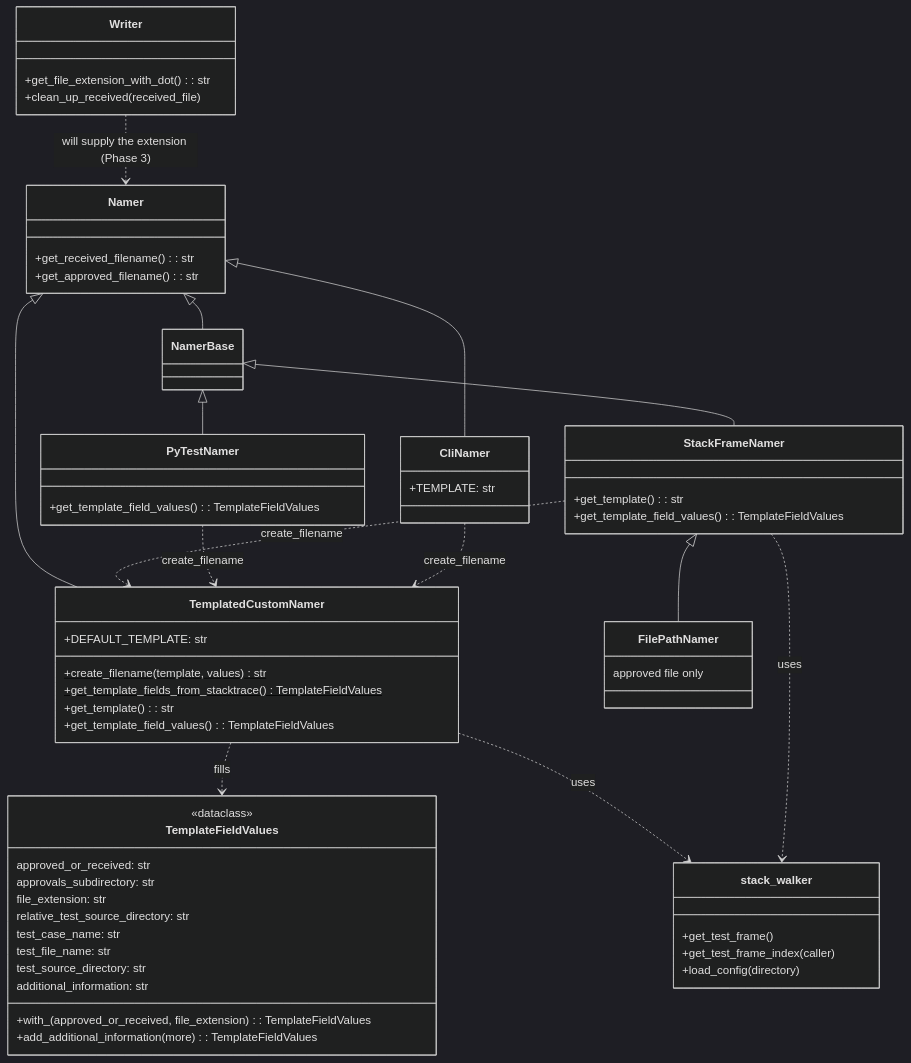
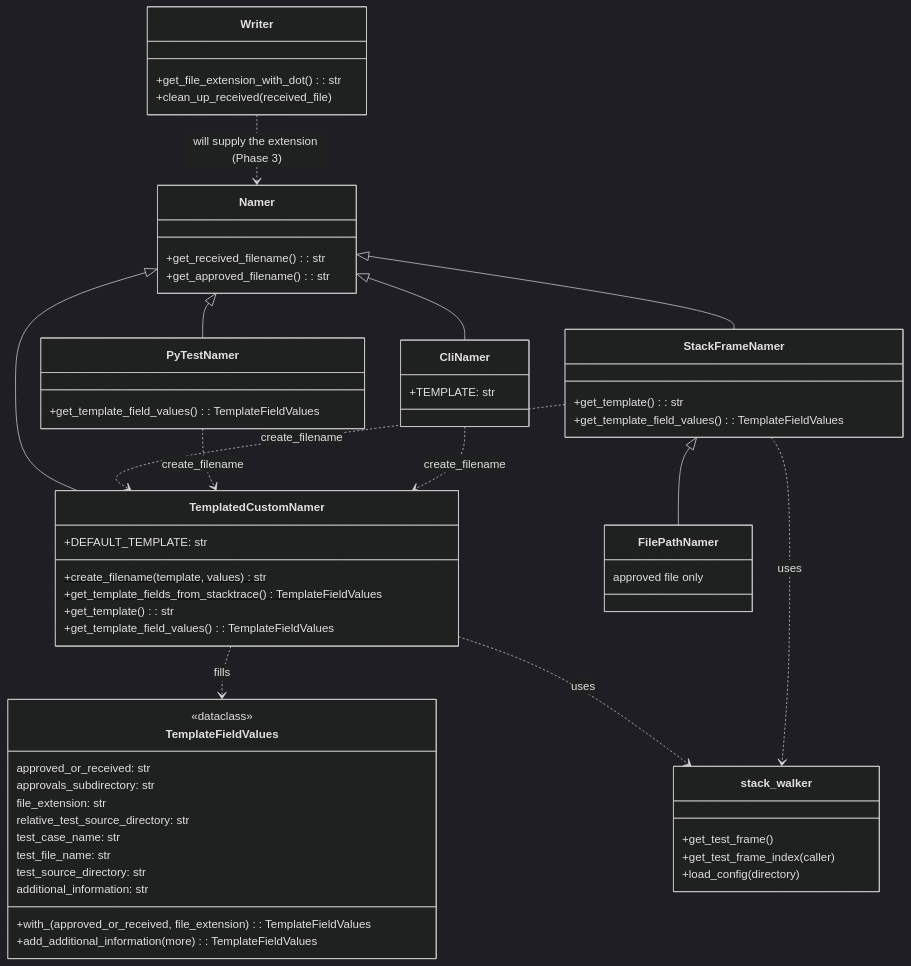
Before and after one commit to approvals/ApprovalTests.Python: the diagram in docs/explanation/namer_architecture.md, drawn with Mermaid (dark theme). The commit also changed 5 other files, not shown here.

Commit message:
- r Remove NamerBase; StackFrameNamer and PyTestNamer inherit Namer directly

````diff
--- a/docs/explanation/namer_architecture.md
+++ b/docs/explanation/namer_architecture.md
@@ -11,72 +11,69 @@
 ```mermaid
 classDiagram
     class Namer {
         +get_received_filename(): str
         +get_approved_filename(): str
     }
 
     class TemplateFieldValues {
         <<dataclass>>
         approved_or_received: str
         approvals_subdirectory: str
         file_extension: str
         relative_test_source_directory: str
         test_case_name: str
         test_file_name: str
         test_source_directory: str
         additional_information: str
         +with_(approved_or_received, file_extension): TemplateFieldValues
         +add_additional_information(more): TemplateFieldValues
     }
 
     class TemplatedCustomNamer {
         +DEFAULT_TEMPLATE: str
         +create_filename(template, values)$ str
         +get_template_fields_from_stacktrace()$ TemplateFieldValues
         +get_template(): str
         +get_template_field_values(): TemplateFieldValues
     }
     Namer <|-- TemplatedCustomNamer
     TemplatedCustomNamer ..> TemplateFieldValues : fills
 
-    class NamerBase
-    Namer <|-- NamerBase
-
     class StackFrameNamer {
         +get_template(): str
         +get_template_field_values(): TemplateFieldValues
     }
-    NamerBase <|-- StackFrameNamer
+    Namer <|-- StackFrameNamer
     class FilePathNamer {
         approved file only
     }
     StackFrameNamer <|-- FilePathNamer
 
     class PyTestNamer {
         +get_template_field_values(): TemplateFieldValues
     }
-    NamerBase <|-- PyTestNamer
+    Namer <|-- PyTestNamer
 
     class CliNamer {
         +TEMPLATE: str
     }
     Namer <|-- CliNamer
 
     class stack_walker {
         +get_test_frame()
         +get_test_frame_index(caller)
         +load_config(directory)
     }
 
     class Writer {
         +get_file_extension_with_dot(): str
         +clean_up_received(received_file)
     }
 
     StackFrameNamer ..> TemplatedCustomNamer : create_filename
     PyTestNamer ..> TemplatedCustomNamer : create_filename
     CliNamer ..> TemplatedCustomNamer : create_filename
     TemplatedCustomNamer ..> stack_walker : uses
     StackFrameNamer ..> stack_walker : uses
     Writer ..> Namer : will supply the extension (Phase 3)
 ```
````
